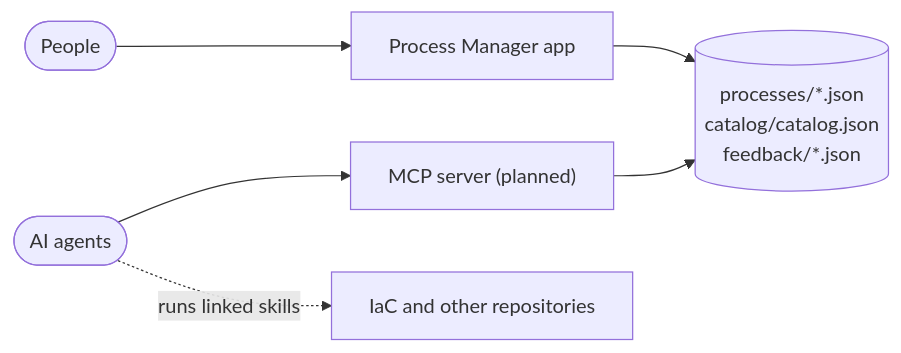
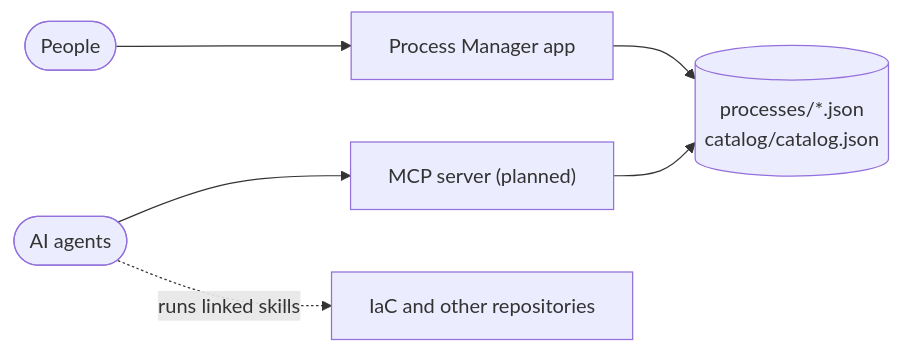
One commit to kubek80/process-manager changed the diagram in docs/mcp.md. Above: the diagram before and after it, drawn with Mermaid. The commit also changed other lines of this file and 76 other files, not shown here.

````diff
--- a/docs/mcp.md
+++ b/docs/mcp.md
@@ -9,9 +9,9 @@
 ```mermaid
 flowchart LR
-  files[("processes/*.json<br/>catalog/catalog.json<br/>feedback/*.json")]
+  files[("processes/*.json<br/>catalog/catalog.json")]
   app["Process Manager app"] --> files
   mcp["MCP server (planned)"] --> files
   human(["People"]) --> app
   agent(["AI agents"]) --> mcp
   agent -. "runs linked skills" .-> repos["IaC and other repositories"]
 ```
````
